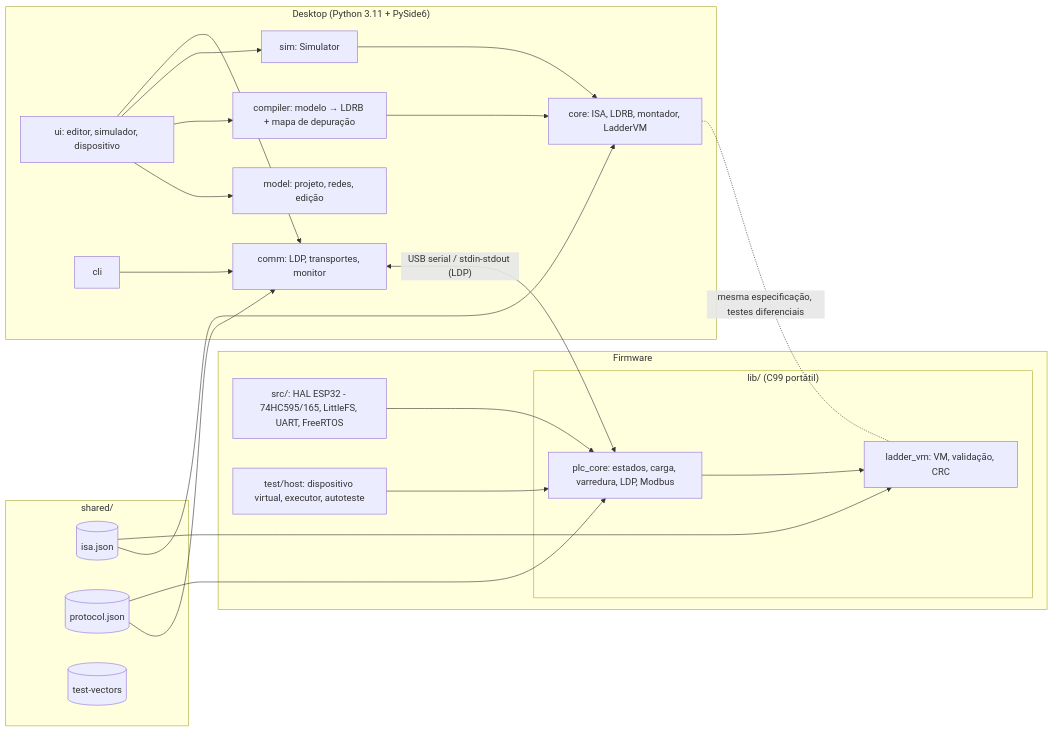
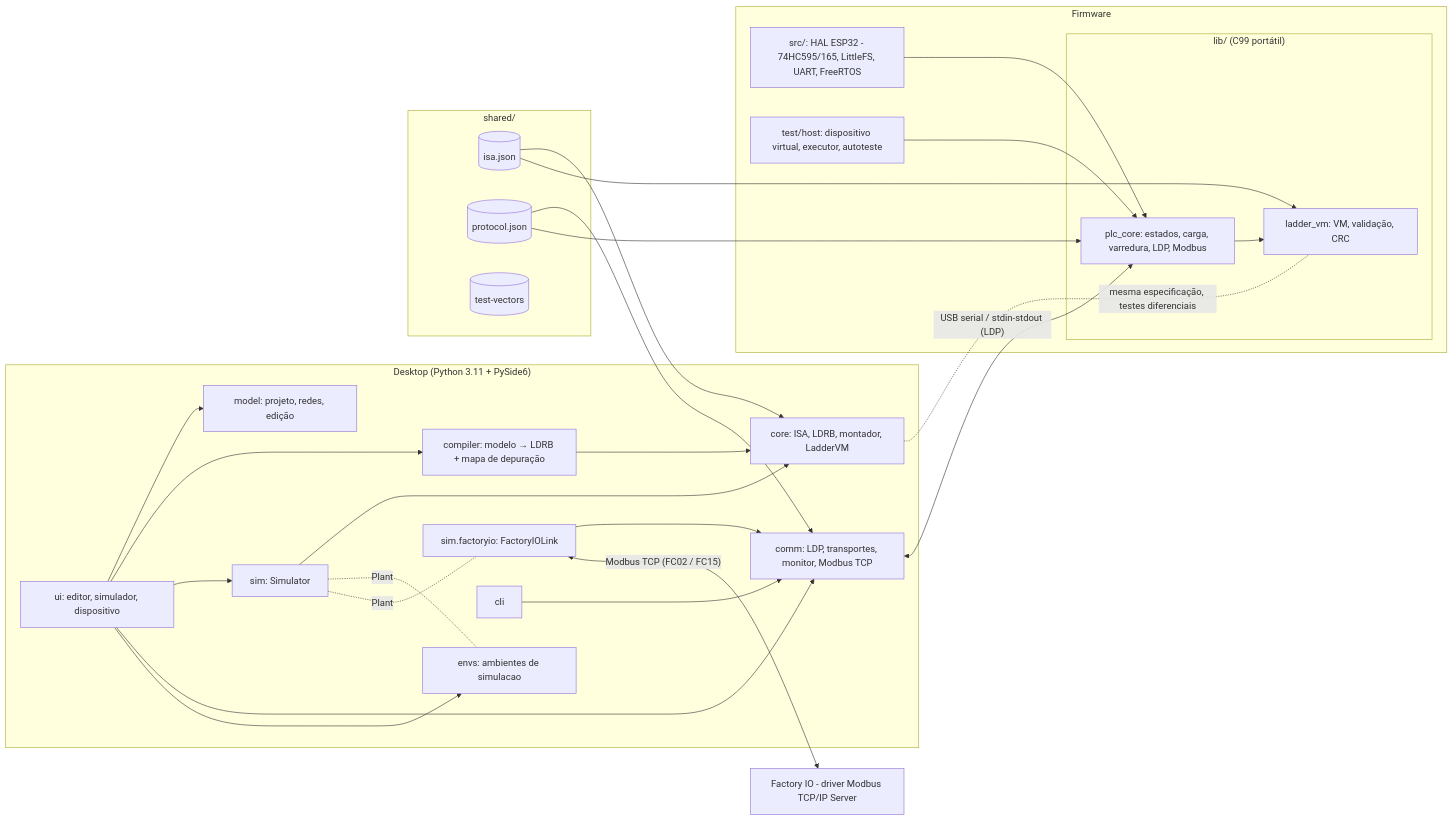
The first of 2 diagrams in docs/architecture.md (HenriqueHachimine/IDE-LADDER), drawn with Mermaid before and after one commit. The commit also changed other lines of this file and 6 other files, not shown here.

````diff
--- a/docs/architecture.md
+++ b/docs/architecture.md
@@ -5,34 +5,40 @@
 ```mermaid
 flowchart LR
   subgraph Desktop["Desktop (Python 3.11 + PySide6)"]
     UI[ui: editor, simulador, dispositivo] --> MODEL[model: projeto, redes, edição]
     UI --> COMP[compiler: modelo → LDRB + mapa de depuração]
     UI --> SIM[sim: Simulator]
-    UI --> COMM[comm: LDP, transportes, monitor]
+    UI --> COMM[comm: LDP, transportes, monitor, Modbus TCP]
+    UI --> ENVS[envs: ambientes de simulacao]
     COMP --> CORE[core: ISA, LDRB, montador, LadderVM]
     SIM --> CORE
+    SIM -. Plant .- ENVS
+    SIM -. Plant .- FIOL[sim.factoryio: FactoryIOLink]
+    FIOL --> COMM
     CLI[cli] --> COMM
   end
+  FIO[Factory IO - driver Modbus TCP/IP Server]
+  FIOL <-- "Modbus TCP (FC02 / FC15)" --> FIO
   subgraph Shared["shared/"]
     ISA[(isa.json)]
     PROTO[(protocol.json)]
     TV[(test-vectors)]
   end
   subgraph FW["Firmware"]
     subgraph Portable["lib/ (C99 portátil)"]
       VMC[ladder_vm: VM, validação, CRC]
       CORE2[plc_core: estados, carga, varredura, LDP, Modbus]
     end
     ESP[src/: HAL ESP32 - 74HC595/165, LittleFS, UART, FreeRTOS]
     HOST[test/host: dispositivo virtual, executor, autoteste]
     ESP --> CORE2
     HOST --> CORE2
     CORE2 --> VMC
   end
   CORE -. mesma especificação, testes diferenciais .- VMC
   ISA --> CORE
   ISA --> VMC
   PROTO --> COMM
   PROTO --> CORE2
   COMM <-- "USB serial / stdin-stdout (LDP)" --> CORE2
 ```
````
